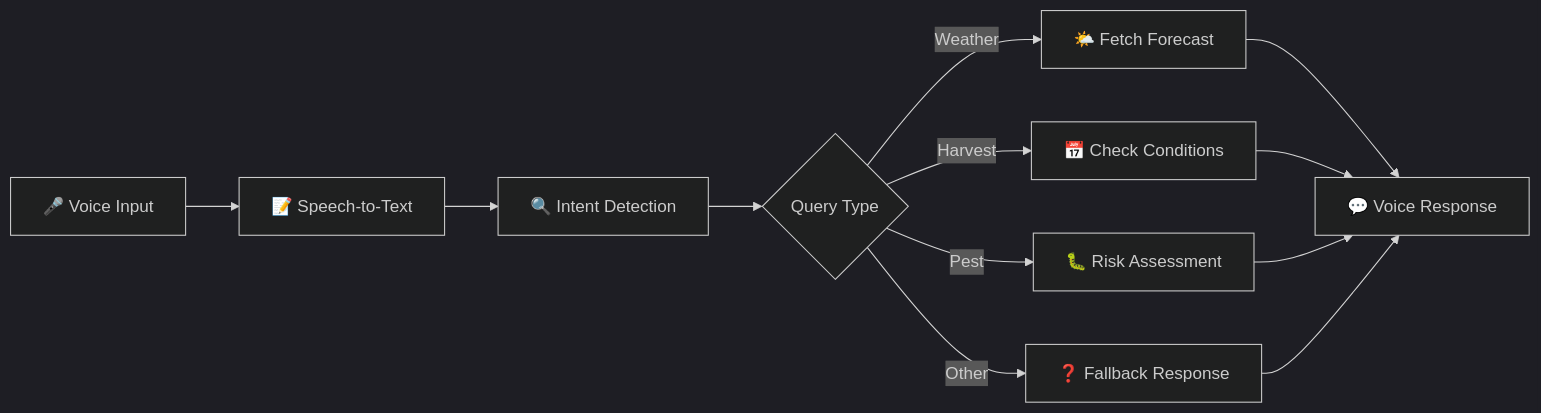
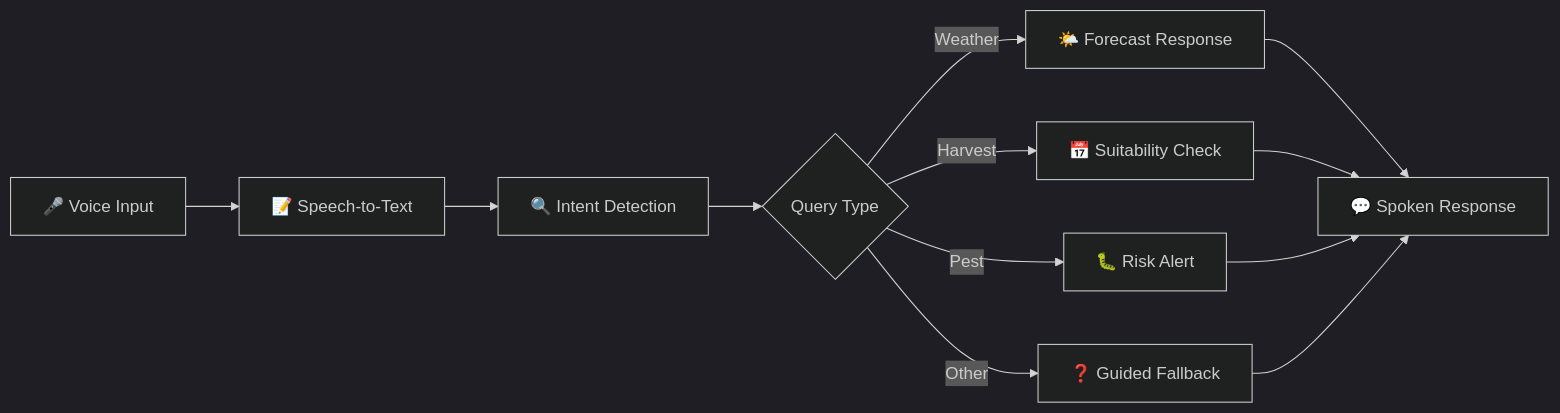
One commit to dharanishvijayakumar7-lgtm/cropPilot changed the fourth of 5 diagrams in README.md. Above: the diagram before and after it, drawn with Mermaid (dark theme). The commit also changed other lines of this file, not shown here.

````diff
--- a/README.md
+++ b/README.md
@@ -114,14 +186,14 @@
 ```mermaid
 flowchart LR
     A[🎤 Voice Input] --> B[📝 Speech-to-Text]
     B --> C[🔍 Intent Detection]
     C --> D{Query Type}
-    D -->|Weather| E[🌤️ Fetch Forecast]
-    D -->|Harvest| F[📅 Check Conditions]
-    D -->|Pest| G[🐛 Risk Assessment]
-    D -->|Other| H[❓ Fallback Response]
-    E --> I[💬 Voice Response]
+    D -->|Weather| E[🌤️ Forecast Response]
+    D -->|Harvest| F[📅 Suitability Check]
+    D -->|Pest| G[🐛 Risk Alert]
+    D -->|Other| H[❓ Guided Fallback]
+    E --> I[💬 Spoken Response]
     F --> I
     G --> I
     H --> I
 ```
````
